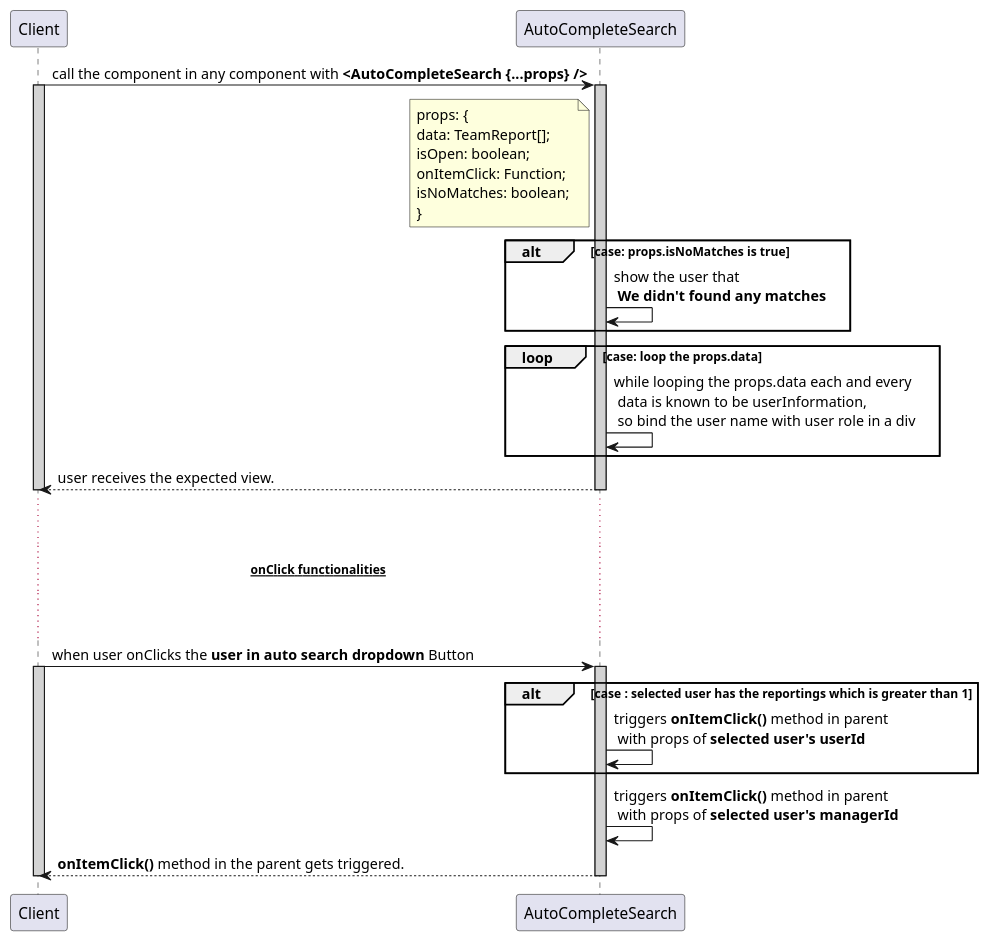
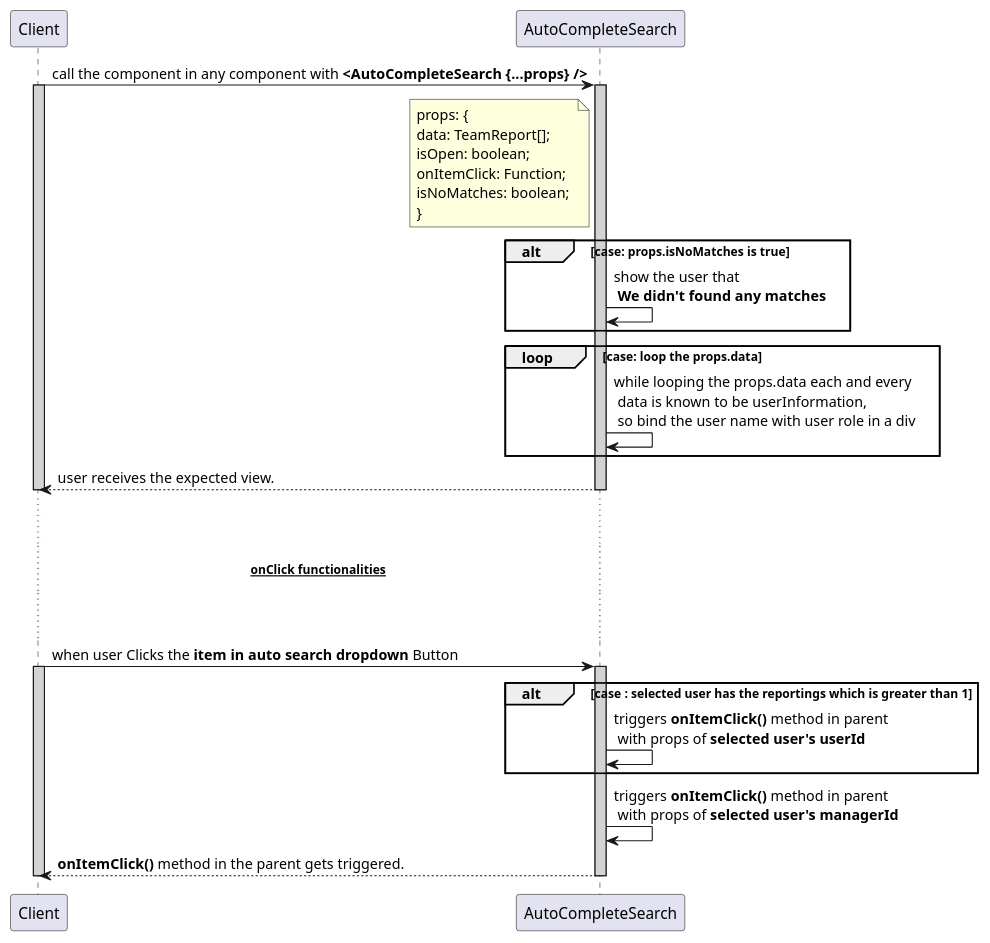
Before and after one commit to avasoft-mobility/workday-design: the diagram in frontend/components/auto_complete_search/auto_complete_search.sequence.puml, drawn with PlantUML. The commit also changed 12 other files, not shown here.

```diff
--- a/frontend/components/auto_complete_search/auto_complete_search.sequence.puml
+++ b/frontend/components/auto_complete_search/auto_complete_search.sequence.puml
@@ -1,33 +1,33 @@
 @startuml autoComplete
 participant Client
 participant AutoCompleteSearch
 
 Client -> AutoCompleteSearch : call the component in any component with **<AutoCompleteSearch {...props} />**
 activate Client #D3D3D3
     activate AutoCompleteSearch #D3D3D3
         note left of AutoCompleteSearch : props: {\ndata: TeamReport[];\nisOpen: boolean;\nonItemClick: Function;\nisNoMatches: boolean; \n}
         alt case: props.isNoMatches is true
             AutoCompleteSearch -> AutoCompleteSearch : show the user that\n **We didn't found any matches**
         end
         loop case: loop the props.data
             AutoCompleteSearch -> AutoCompleteSearch : while looping the props.data each and every\n data is known to be userInformation,\n so bind the user name with user role in a div
         end
         Client <-- AutoCompleteSearch : user receives the expected view.
     deactivate AutoCompleteSearch
 deactivate Client
 ... ...
 ...~~**onClick functionalities**~~ ...
 ... ...
 
-Client -> AutoCompleteSearch : when user onClicks the **user in auto search dropdown** Button
+Client -> AutoCompleteSearch : when user Clicks the **item in auto search dropdown** Button
 activate Client #D3D3D3
     activate AutoCompleteSearch #D3D3D3
         alt case : selected user has the reportings which is greater than 1
             AutoCompleteSearch -> AutoCompleteSearch : triggers **onItemClick()** method in parent\n with props of **selected user's userId**
         end
         AutoCompleteSearch -> AutoCompleteSearch : triggers **onItemClick()** method in parent\n with props of **selected user's managerId**
         Client <--  AutoCompleteSearch : **onItemClick()** method in the parent gets triggered.
     deactivate AutoCompleteSearch
 deactivate Client
 
 @enduml
```
